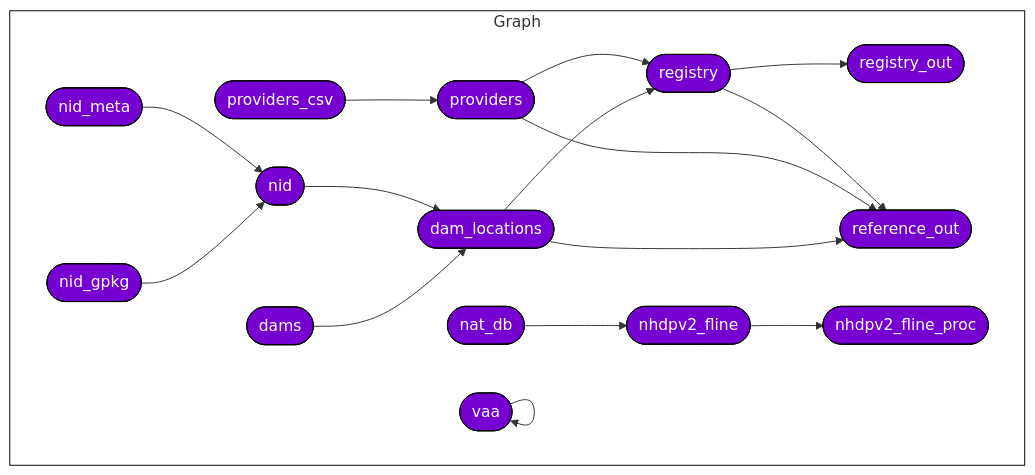
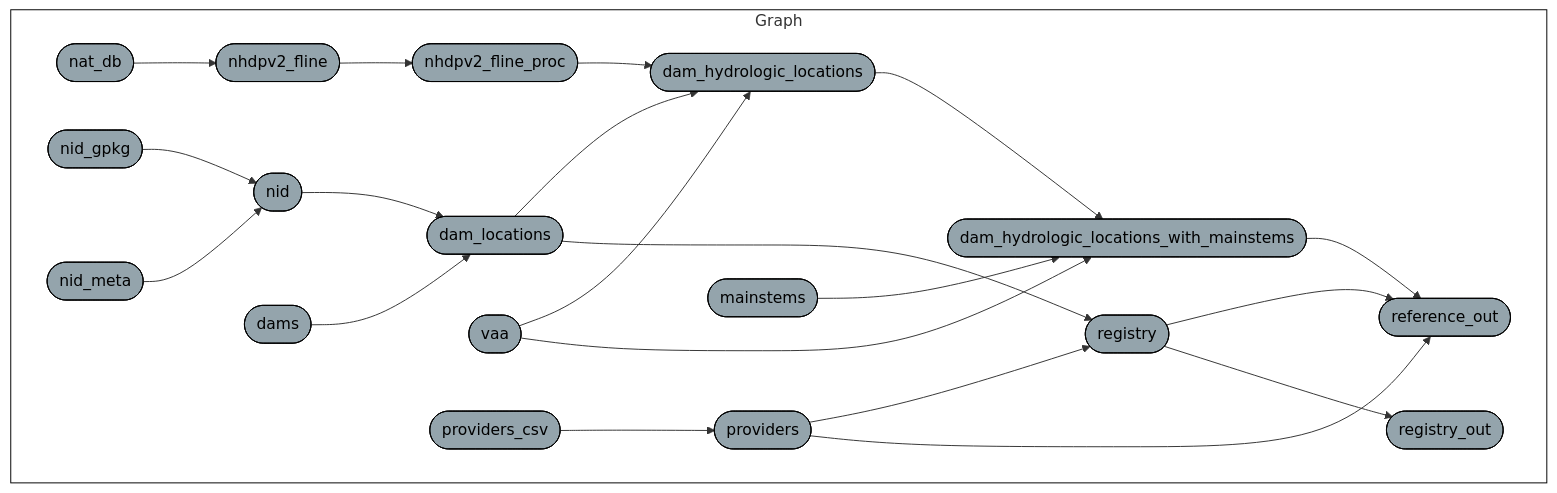
Before and after one commit to internetofwater/ref_dams: the diagram in README.md, drawn with Mermaid.

````diff
--- a/README.md
+++ b/README.md
@@ -13,22 +13,27 @@
 ```mermaid
 graph LR
   style Graph fill:#FFFFFF00,stroke:#000000;
   subgraph Graph
     direction LR
     x45079be5e9dad71e(["nat_db"]):::none --> x0d37c0787182d513(["nhdpv2_fline"]):::none
     x26c28590358ed1f6(["nid_gpkg"]):::none --> xde13d5897adf176a(["nid"]):::none
     xa0ffbbb184c91736(["nid_meta"]):::none --> xde13d5897adf176a(["nid"]):::none
     x5a093a06e6e82fb6(["dams"]):::none --> x367057a71281c312(["dam_locations"]):::none
     xde13d5897adf176a(["nid"]):::none --> x367057a71281c312(["dam_locations"]):::none
     x7b8f98c0b818a18a(["registry"]):::none --> x164a1fd6fa5b800d(["registry_out"]):::none
-    x367057a71281c312(["dam_locations"]):::none --> x2dd2f719129b7fe6(["reference_out"]):::none
+    xe9d41804ff4ab7c0(["dam_hydrologic_locations_with_mainstems"]):::none --> x2dd2f719129b7fe6(["reference_out"]):::none
     x2ed57357c0c06777(["providers"]):::none --> x2dd2f719129b7fe6(["reference_out"]):::none
     x7b8f98c0b818a18a(["registry"]):::none --> x2dd2f719129b7fe6(["reference_out"]):::none
     x0d37c0787182d513(["nhdpv2_fline"]):::none --> x6c59ac2b7db5bcf8(["nhdpv2_fline_proc"]):::none
     x367057a71281c312(["dam_locations"]):::none --> x7b8f98c0b818a18a(["registry"]):::none
     x2ed57357c0c06777(["providers"]):::none --> x7b8f98c0b818a18a(["registry"]):::none
+    xf871d39e1e4f2234(["dam_hydrologic_locations"]):::none --> xe9d41804ff4ab7c0(["dam_hydrologic_locations_with_mainstems"]):::none
+    xaa2c6f0a5f97fbb7(["mainstems"]):::none --> xe9d41804ff4ab7c0(["dam_hydrologic_locations_with_mainstems"]):::none
+    x36d41497a1d9cc73(["vaa"]):::none --> xe9d41804ff4ab7c0(["dam_hydrologic_locations_with_mainstems"]):::none
+    x367057a71281c312(["dam_locations"]):::none --> xf871d39e1e4f2234(["dam_hydrologic_locations"]):::none
+    x6c59ac2b7db5bcf8(["nhdpv2_fline_proc"]):::none --> xf871d39e1e4f2234(["dam_hydrologic_locations"]):::none
+    x36d41497a1d9cc73(["vaa"]):::none --> xf871d39e1e4f2234(["dam_hydrologic_locations"]):::none
     x60fc93676537b647(["providers_csv"]):::none --> x2ed57357c0c06777(["providers"]):::none
-    x36d41497a1d9cc73(["vaa"]):::none --> x36d41497a1d9cc73(["vaa"]):::none
   end
-  classDef none stroke:#000000,color:#ffffff,fill:#7500D1;
+  classDef none stroke:#000000,color:#000000,fill:#94a4ac;
 ```
````
